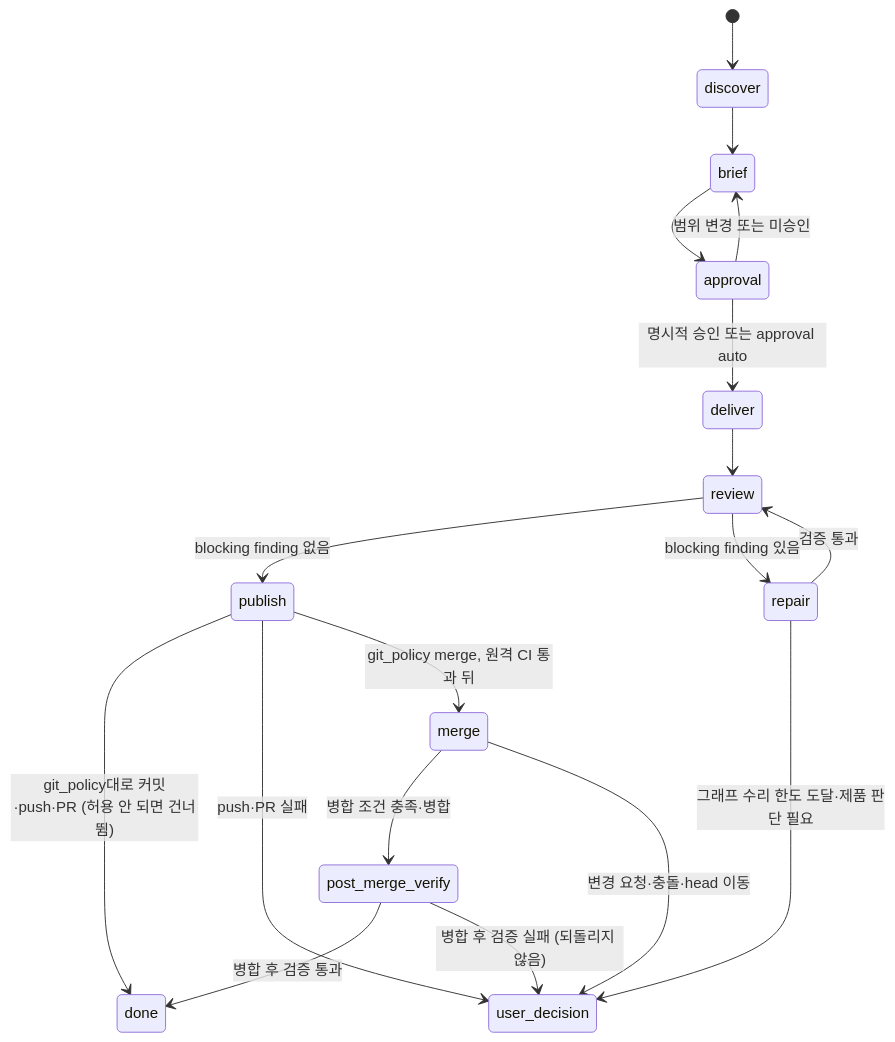
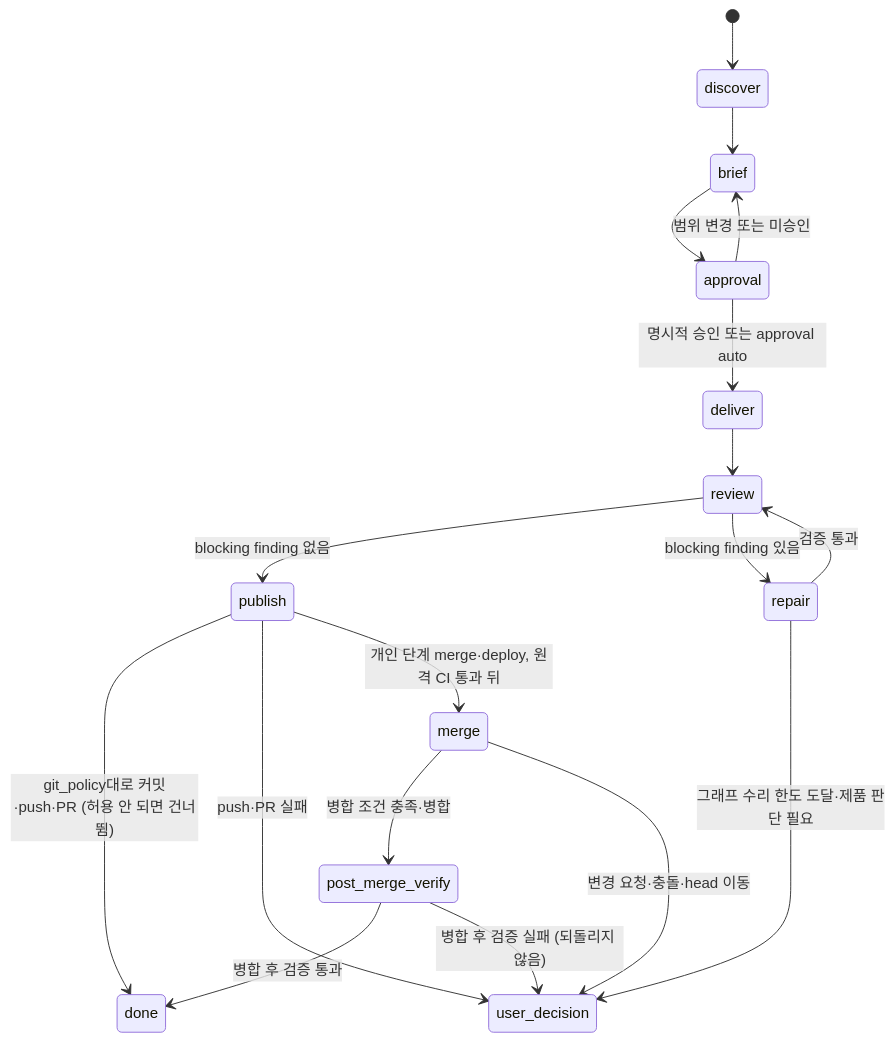
One commit to cano721/ai-harness changed the second of 4 diagrams in README.md. Above: the diagram before and after it, drawn with Mermaid. The commit also changed other lines of this file and 14 other files, not shown here.

````diff
--- a/README.md
+++ b/README.md
@@ -250,20 +250,20 @@
 ```mermaid
 stateDiagram-v2
     [*] --> discover
     discover --> brief
     brief --> approval
     approval --> brief: 범위 변경 또는 미승인
     approval --> deliver: 명시적 승인 또는 approval auto
     deliver --> review
     review --> publish: blocking finding 없음
     review --> repair: blocking finding 있음
     repair --> review: 검증 통과
     repair --> user_decision: 그래프 수리 한도 도달·제품 판단 필요
     publish --> done: git_policy대로 커밋·push·PR (허용 안 되면 건너뜀)
     publish --> user_decision: push·PR 실패
-    publish --> merge: git_policy merge, 원격 CI 통과 뒤
+    publish --> merge: 개인 단계 merge·deploy, 원격 CI 통과 뒤
     merge --> post_merge_verify: 병합 조건 충족·병합
     merge --> user_decision: 변경 요청·충돌·head 이동
     post_merge_verify --> done: 병합 후 검증 통과
     post_merge_verify --> user_decision: 병합 후 검증 실패 (되돌리지 않음)
 ```
````
